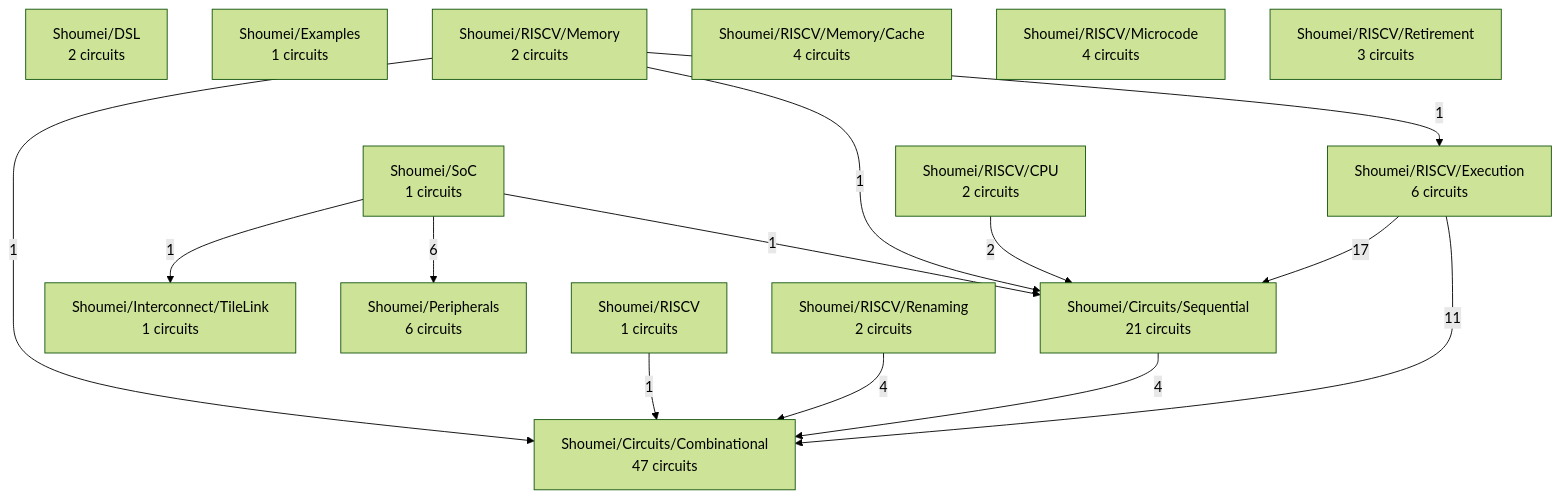
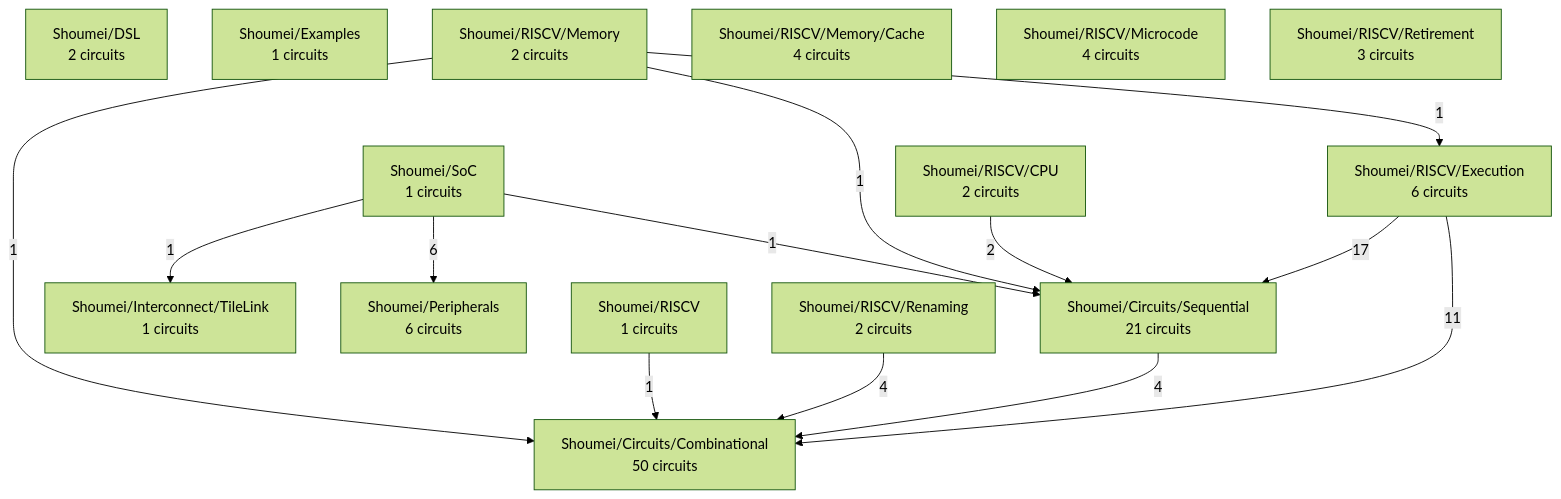
The diagram in docs/project-map.md (atvrager/Shoumei-RTL), drawn with Mermaid (forest theme) before and after one commit. The commit also changed other lines of this file and 6 other files, not shown here.

````diff
--- a/docs/project-map.md
+++ b/docs/project-map.md
@@ -27,30 +27,30 @@
 ```mermaid
 graph TD
-  Shoumei_Circuits_Combinational["Shoumei/Circuits/Combinational<br/>47 circuits"]
+  Shoumei_Circuits_Combinational["Shoumei/Circuits/Combinational<br/>50 circuits"]
   Shoumei_Circuits_Sequential["Shoumei/Circuits/Sequential<br/>21 circuits"]
   Shoumei_DSL["Shoumei/DSL<br/>2 circuits"]
   Shoumei_Examples["Shoumei/Examples<br/>1 circuits"]
   Shoumei_Interconnect_TileLink["Shoumei/Interconnect/TileLink<br/>1 circuits"]
   Shoumei_Peripherals["Shoumei/Peripherals<br/>6 circuits"]
   Shoumei_RISCV["Shoumei/RISCV<br/>1 circuits"]
   Shoumei_RISCV_CPU["Shoumei/RISCV/CPU<br/>2 circuits"]
   Shoumei_RISCV_Execution["Shoumei/RISCV/Execution<br/>6 circuits"]
   Shoumei_RISCV_Memory["Shoumei/RISCV/Memory<br/>2 circuits"]
   Shoumei_RISCV_Memory_Cache["Shoumei/RISCV/Memory/Cache<br/>4 circuits"]
   Shoumei_RISCV_Microcode["Shoumei/RISCV/Microcode<br/>4 circuits"]
   Shoumei_RISCV_Renaming["Shoumei/RISCV/Renaming<br/>2 circuits"]
   Shoumei_RISCV_Retirement["Shoumei/RISCV/Retirement<br/>3 circuits"]
   Shoumei_SoC["Shoumei/SoC<br/>1 circuits"]
   Shoumei_RISCV_Execution -->|17| Shoumei_Circuits_Sequential
   Shoumei_RISCV_Execution -->|11| Shoumei_Circuits_Combinational
   Shoumei_SoC -->|6| Shoumei_Peripherals
   Shoumei_Circuits_Sequential -->|4| Shoumei_Circuits_Combinational
   Shoumei_RISCV_Renaming -->|4| Shoumei_Circuits_Combinational
   Shoumei_RISCV_CPU -->|2| Shoumei_Circuits_Sequential
   Shoumei_RISCV -->|1| Shoumei_Circuits_Combinational
   Shoumei_RISCV_Memory -->|1| Shoumei_Circuits_Combinational
   Shoumei_RISCV_Memory -->|1| Shoumei_Circuits_Sequential
   Shoumei_RISCV_Memory -->|1| Shoumei_RISCV_Execution
   Shoumei_SoC -->|1| Shoumei_Circuits_Sequential
   Shoumei_SoC -->|1| Shoumei_Interconnect_TileLink
 ```
````
